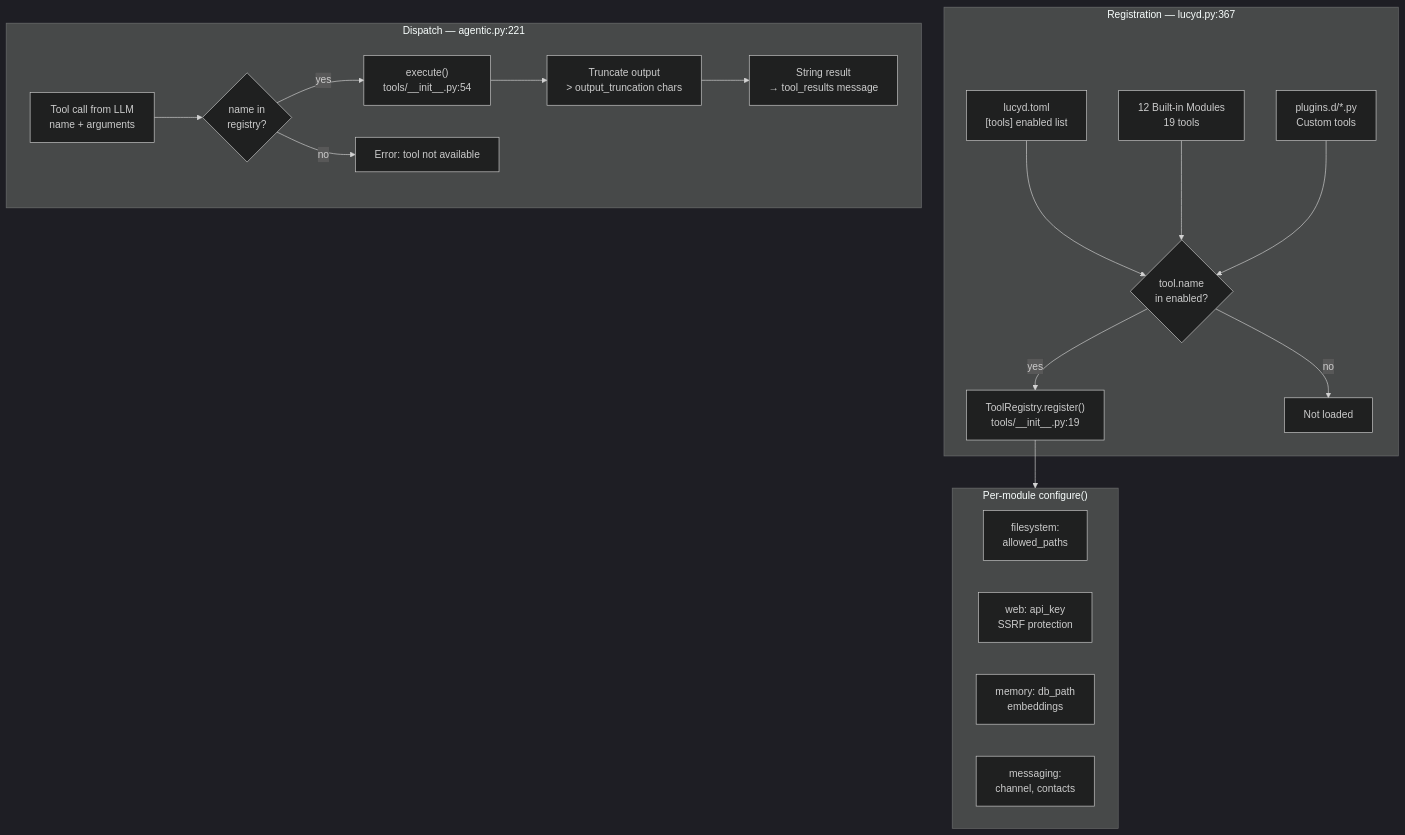
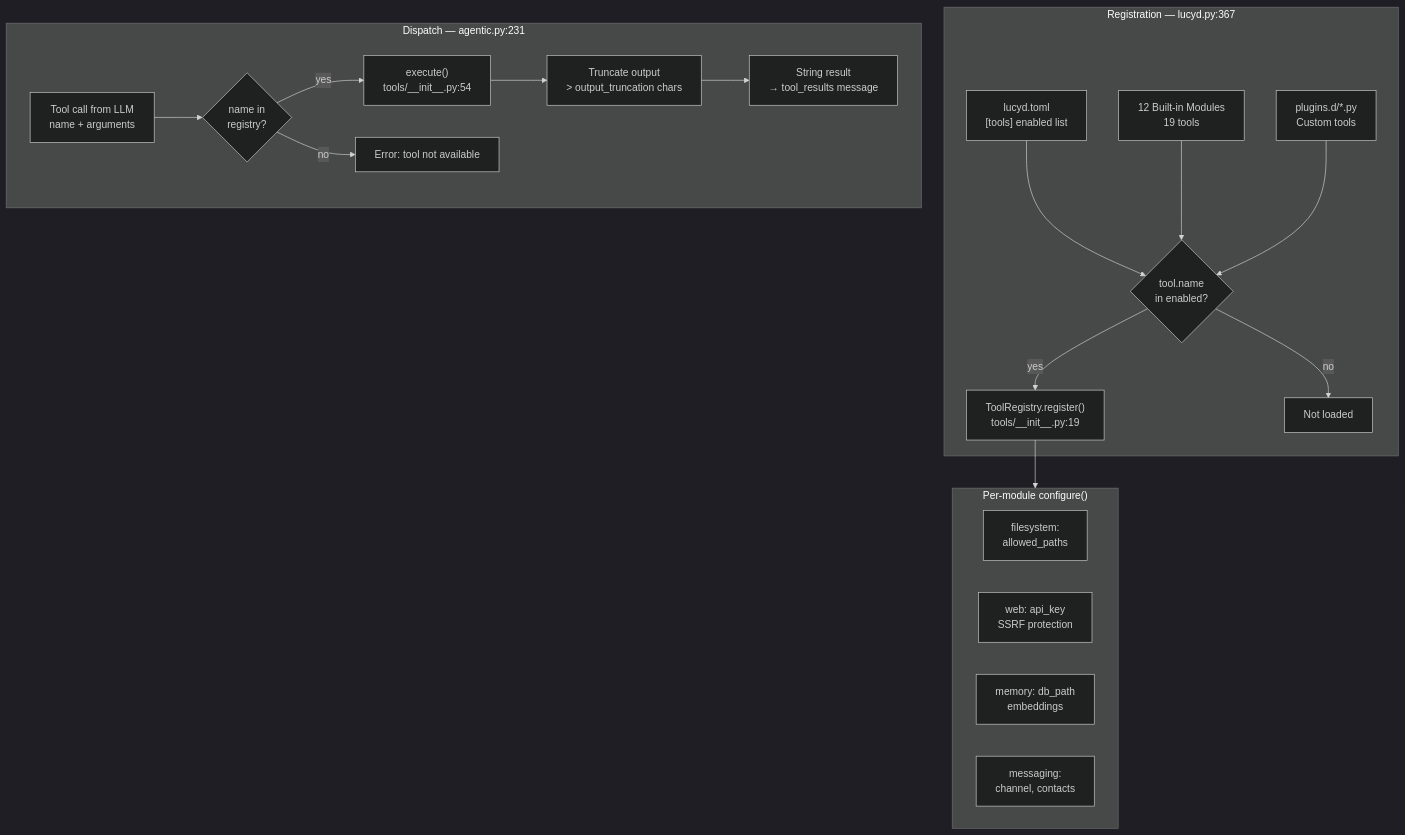
One commit to nicolasforstinger/lucyd changed the seventh of 8 diagrams in docs/diagrams.md. Above: the diagram before and after it, drawn with Mermaid (dark theme). The commit also changed other lines of this file, not shown here.

First line of the commit message:
fix: sync all diagram references with actual codebase line numbers

````diff
--- a/docs/diagrams.md
+++ b/docs/diagrams.md
@@ -270,36 +272,36 @@
 ```mermaid
 flowchart TD
     subgraph Startup["Registration — lucyd.py:367"]
         CONFIG["lucyd.toml<br/>[tools] enabled list"]
         BUILTIN["12 Built-in Modules<br/>19 tools"]
         PLUGINS["plugins.d/*.py<br/>Custom tools"]
         CONFIG --> FILTER{"tool.name<br/>in enabled?"}
         BUILTIN --> FILTER
         PLUGINS --> FILTER
         FILTER -->|yes| REG["ToolRegistry.register()<br/>tools/__init__.py:19"]
         FILTER -->|no| SKIP["Not loaded"]
     end
 
     subgraph Configure["Per-module configure()"]
         direction LR
         FS_CFG["filesystem:<br/>allowed_paths"]
         WEB_CFG["web: api_key<br/>SSRF protection"]
         MEM_CFG["memory: db_path<br/>embeddings"]
         MSG_CFG["messaging:<br/>channel, contacts"]
     end
 
-    subgraph Runtime["Dispatch — agentic.py:221"]
+    subgraph Runtime["Dispatch — agentic.py:231"]
         CALL["Tool call from LLM<br/>name + arguments"]
         LOOKUP{"name in<br/>registry?"}
         EXEC["execute()<br/>tools/__init__.py:54"]
         TRUNC["Truncate output<br/>> output_truncation chars"]
         RESULT["String result<br/>→ tool_results message"]
         ERR["Error: tool not available"]
     end
 
     REG --> Configure
 
     CALL --> LOOKUP
     LOOKUP -->|yes| EXEC --> TRUNC --> RESULT
     LOOKUP -->|no| ERR
 ```
````
